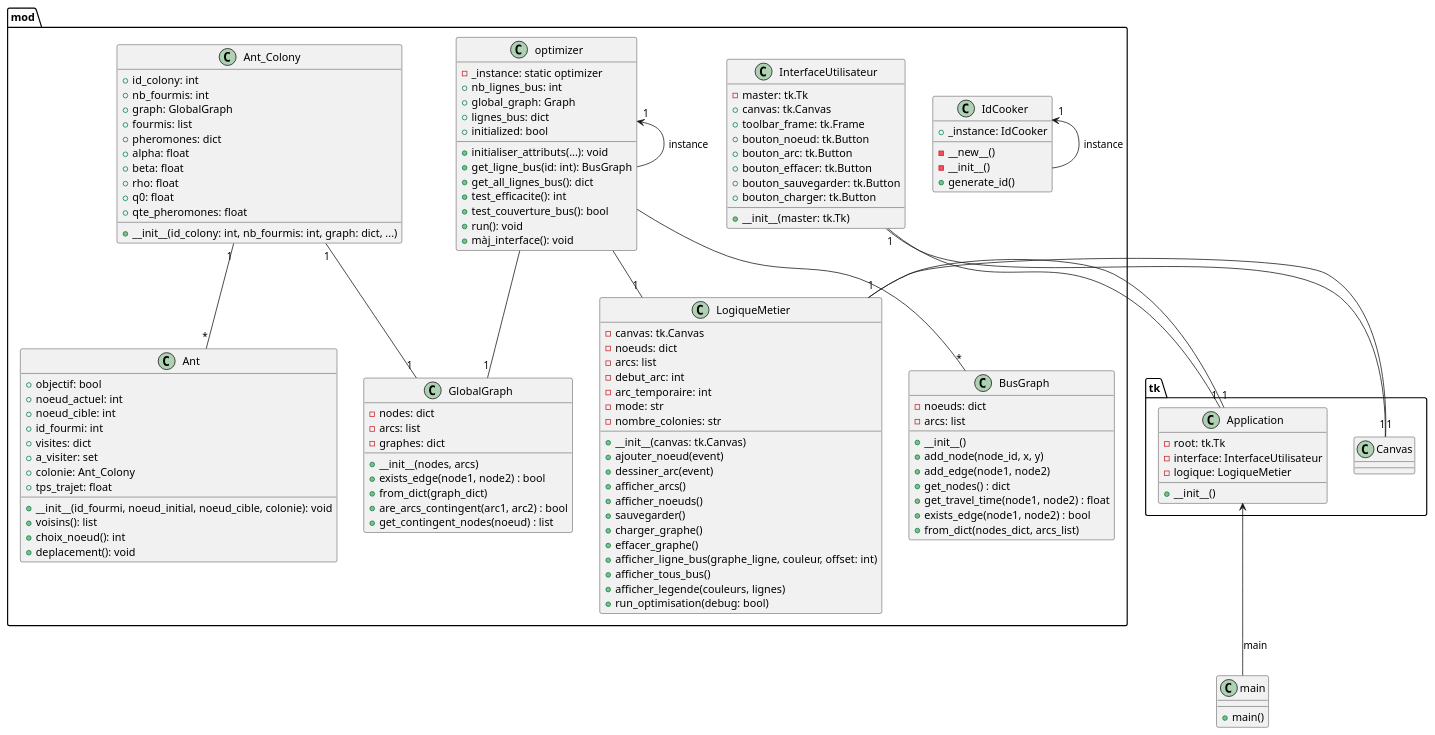
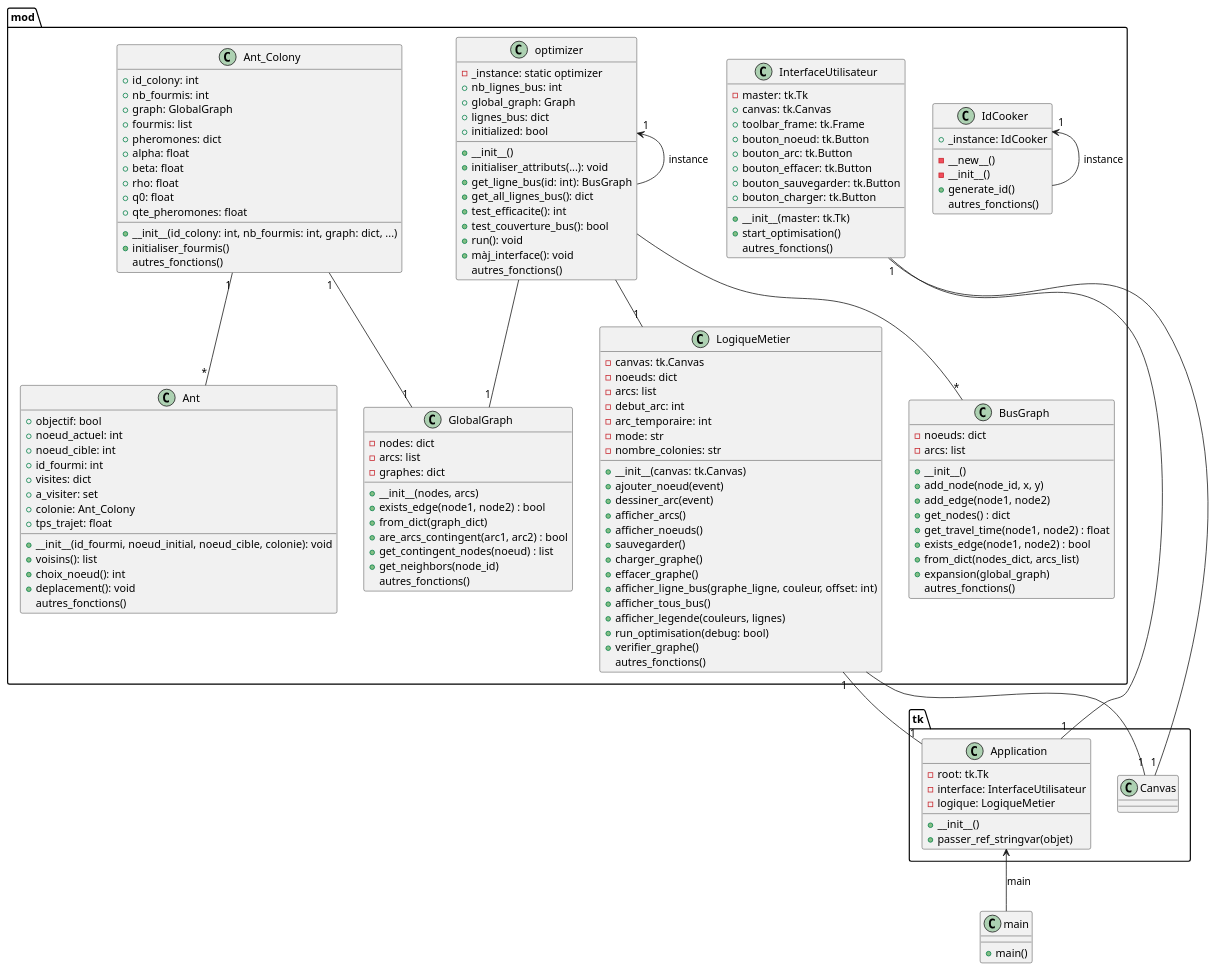
One commit to FumedSaumonSauvage/elc-saidi-bap changed the diagram in projet.puml. Above: the diagram before and after it, drawn with PlantUML. The commit also changed 1 other file, not shown here.

Commit message:
màj doc UML

```diff
--- a/projet.puml
+++ b/projet.puml
@@ -1,143 +1,158 @@
 @startuml projet_bap
 
 
-package tk{
+package tk {
     class Application {
         - root: tk.Tk
         - interface: InterfaceUtilisateur
         - logique: LogiqueMetier
         + __init__()
+        + passer_ref_stringvar(objet)
     }
 }
 
-class main{
+class main {
     + main()
 }
 
-package mod{
+package mod {
 
-    class IdCooker{
+    class IdCooker {
         + _instance: IdCooker
         - __new__()
         - __init__()
         + generate_id()
+        autres_fonctions()
     }
 
     class InterfaceUtilisateur {
         - master: tk.Tk
         + canvas: tk.Canvas
         + toolbar_frame: tk.Frame
         + bouton_noeud: tk.Button
         + bouton_arc: tk.Button
         + bouton_effacer: tk.Button
         + bouton_sauvegarder: tk.Button
         + bouton_charger: tk.Button
         + __init__(master: tk.Tk)
+        + start_optimisation()
+        autres_fonctions()
     }
 
     class LogiqueMetier {
         - canvas: tk.Canvas
         - noeuds: dict
         - arcs: list
         - debut_arc: int
         - arc_temporaire: int
         - mode: str
         - nombre_colonies: str
         + __init__(canvas: tk.Canvas)
         + ajouter_noeud(event)
         + dessiner_arc(event)
         + afficher_arcs()
         + afficher_noeuds()
         + sauvegarder()
         + charger_graphe()
         + effacer_graphe()
         + afficher_ligne_bus(graphe_ligne, couleur, offset: int)
         + afficher_tous_bus()
         + afficher_legende(couleurs, lignes)
         + run_optimisation(debug: bool)
+        + verifier_graphe()
+        autres_fonctions()
     }
 
     class optimizer {
         - _instance: static optimizer
         + nb_lignes_bus: int
         + global_graph: Graph
         + lignes_bus: dict
         + initialized: bool
+        + __init__()
         + initialiser_attributs(...): void
         + get_ligne_bus(id: int): BusGraph
         + get_all_lignes_bus(): dict
         + test_efficacite(): int
         + test_couverture_bus(): bool
         + run(): void
         + màj_interface(): void
+        autres_fonctions()
     }
 
     class BusGraph {
         - noeuds: dict
         - arcs: list
         + __init__()
         + add_node(node_id, x, y)
         + add_edge(node1, node2)
         + get_nodes() : dict
         + get_travel_time(node1, node2) : float
         + exists_edge(node1, node2) : bool
         + from_dict(nodes_dict, arcs_list)
+        + expansion(global_graph)
+        autres_fonctions()
     }
 
     class GlobalGraph {
         - nodes: dict
         - arcs: list
         - graphes: dict
         + __init__(nodes, arcs)
         + exists_edge(node1, node2) : bool
         + from_dict(graph_dict)
         + are_arcs_contingent(arc1, arc2) : bool
         + get_contingent_nodes(noeud) : list
+        + get_neighbors(node_id)
+        autres_fonctions()
     }
 
     class Ant_Colony {
         + id_colony: int
         + nb_fourmis: int
         + graph: GlobalGraph
         + fourmis: list
         + pheromones: dict
         + alpha: float
         + beta: float
         + rho: float
         + q0: float
         + qte_pheromones: float
         + __init__(id_colony: int, nb_fourmis: int, graph: dict, ...)
+        + initialiser_fourmis()
+        autres_fonctions()
     }
 
     class Ant {
         + objectif: bool
         + noeud_actuel: int
         + noeud_cible: int
         + id_fourmi: int
         + visites: dict
         + a_visiter: set
         + colonie: Ant_Colony
         + tps_trajet: float
         + __init__(id_fourmi, noeud_initial, noeud_cible, colonie): void
         + voisins(): list
         + choix_noeud(): int
         + deplacement(): void
+        autres_fonctions()
     }
 
 }
 
-Application "1" -- "1" InterfaceUtilisateur
-Application "1" -- "1" LogiqueMetier
+Application "1" -up- "1" InterfaceUtilisateur
+Application "1" -up- "1" LogiqueMetier
 InterfaceUtilisateur -- "1" tk.Canvas
-LogiqueMetier -- "1" tk.Canvas
+LogiqueMetier -down- "1" tk.Canvas
 main -up-> Application : main
 optimizer -up-> "1" optimizer : instance
 IdCooker -up-> "1" IdCooker : instance
 optimizer -- "1" LogiqueMetier
 optimizer -- "*" BusGraph
 optimizer -- "1" GlobalGraph
 
 Ant_Colony "1" -- "*" Ant
 Ant_Colony "1" -- "1" GlobalGraph
 
 @enduml
```
